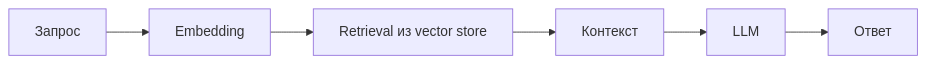
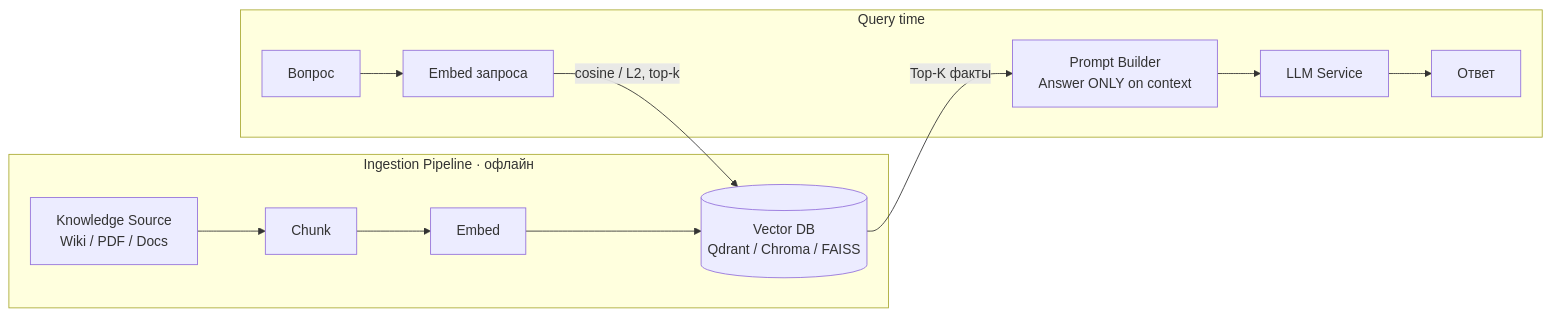
Before and after one commit to ZubikIT/ai-architect: the diagram in 02-architecture/webinars/06-rag-i-prodvinutye-variacii.md, drawn with Mermaid. The commit also changed other lines of this file and 2 other files, not shown here.

First line of the commit message:
docs(lesson-06): конспект RAG + артефакты (слайды PDF, Colab notebook)

````diff
--- a/02-architecture/webinars/06-rag-i-prodvinutye-variacii.md
+++ b/02-architecture/webinars/06-rag-i-prodvinutye-variacii.md
@@ -28,8 +56,15 @@
 ```mermaid
 flowchart LR
-  Q[Запрос] --> EMB[Embedding]
-  EMB --> RET[Retrieval из vector store]
-  RET --> CTX[Контекст]
-  CTX --> LLM[LLM]
-  LLM --> A[Ответ]
+  subgraph Ingestion["Ingestion Pipeline · офлайн"]
+    KS[Knowledge Source<br/>Wiki / PDF / Docs] --> CH[Chunk]
+    CH --> EM1[Embed]
+    EM1 --> ST[(Vector DB<br/>Qdrant / Chroma / FAISS)]
+  end
+  subgraph Online["Query time"]
+    Q[Вопрос] --> EM2[Embed запроса]
+    EM2 -->|cosine / L2, top-k| ST
+    ST -->|Top-K факты| PB[Prompt Builder<br/>Answer ONLY on context]
+    PB --> LLM[LLM Service]
+    LLM --> A[Ответ]
+  end
 ```
````
